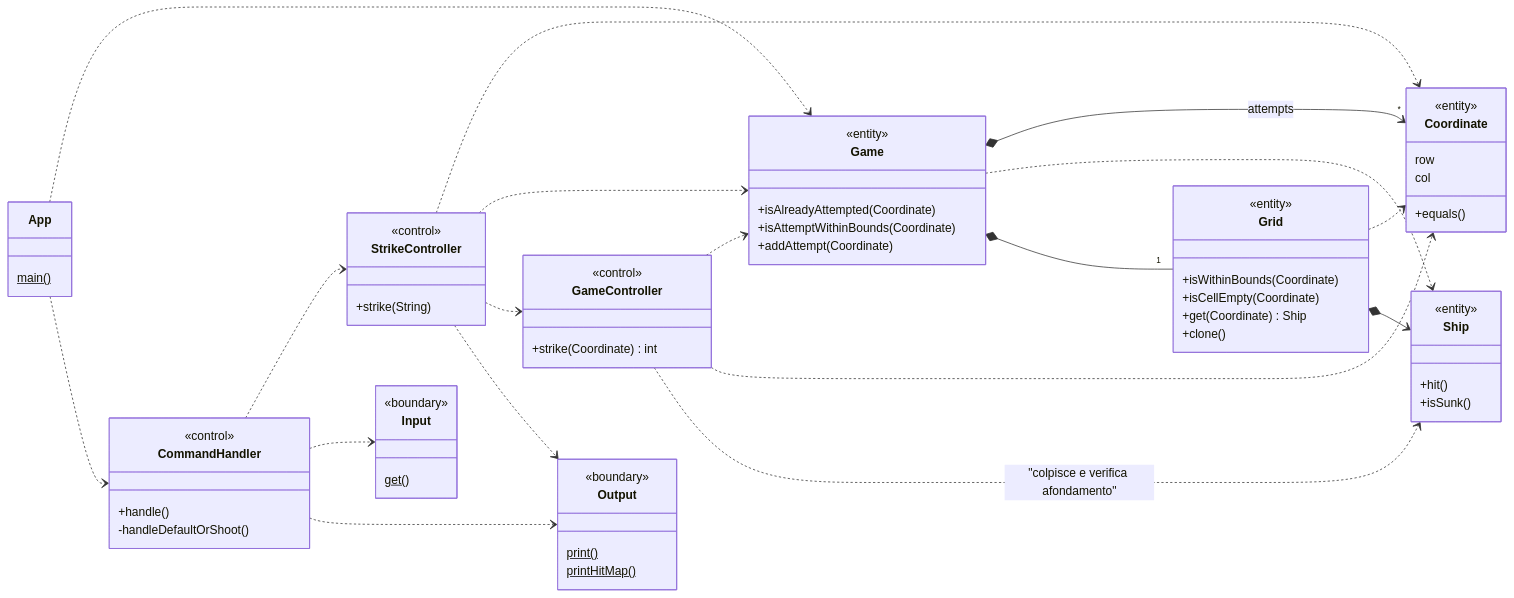
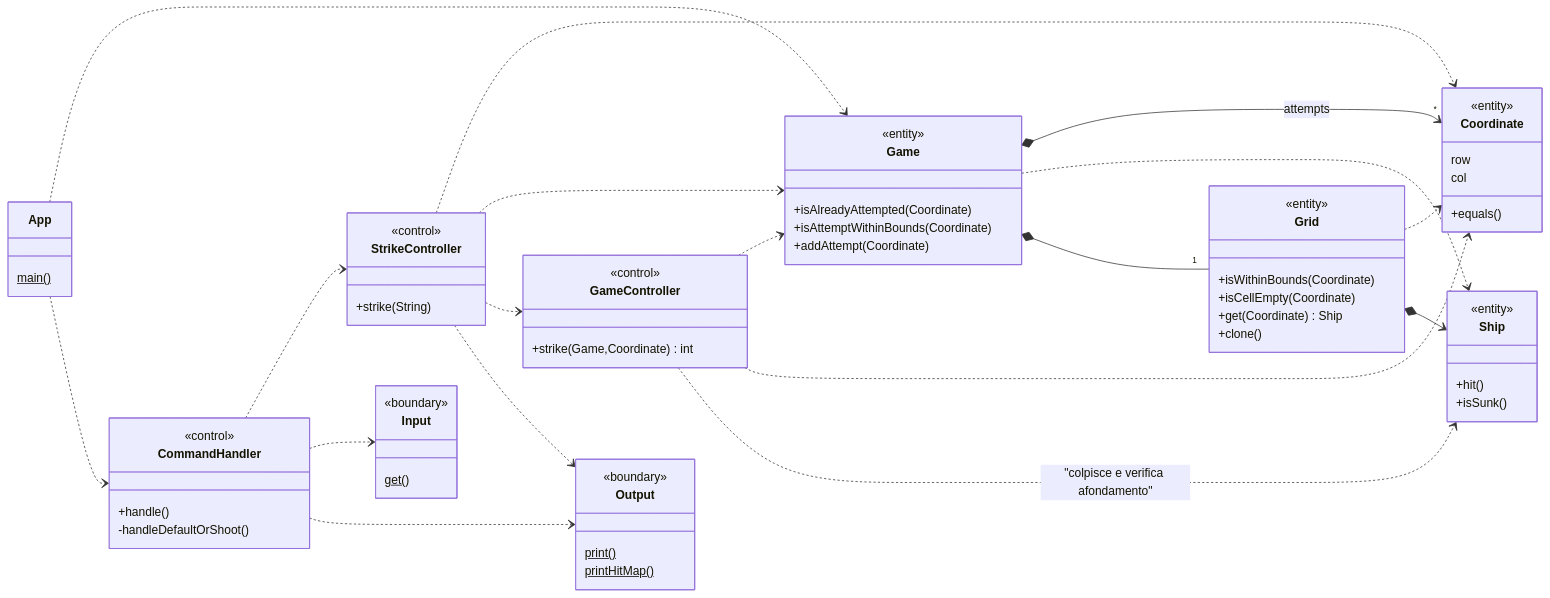
Before and after one commit to softeng2223-inf-uniba/progetto2223-thacker: the seventh of 7 diagrams in docs/Report.md, drawn with Mermaid.

Commit message:
Aggiunto parametro Game nell'input di strike() di GameController in 5.A.3

```diff
--- a/docs/Report.md
+++ b/docs/Report.md
@@ -571,7 +571,7 @@
   StrikeController ..> Output
 
   class GameController {
-    +strike(Coordinate) int
+    +strike(Game,Coordinate) int
   }
   <<control>> GameController
 
```
